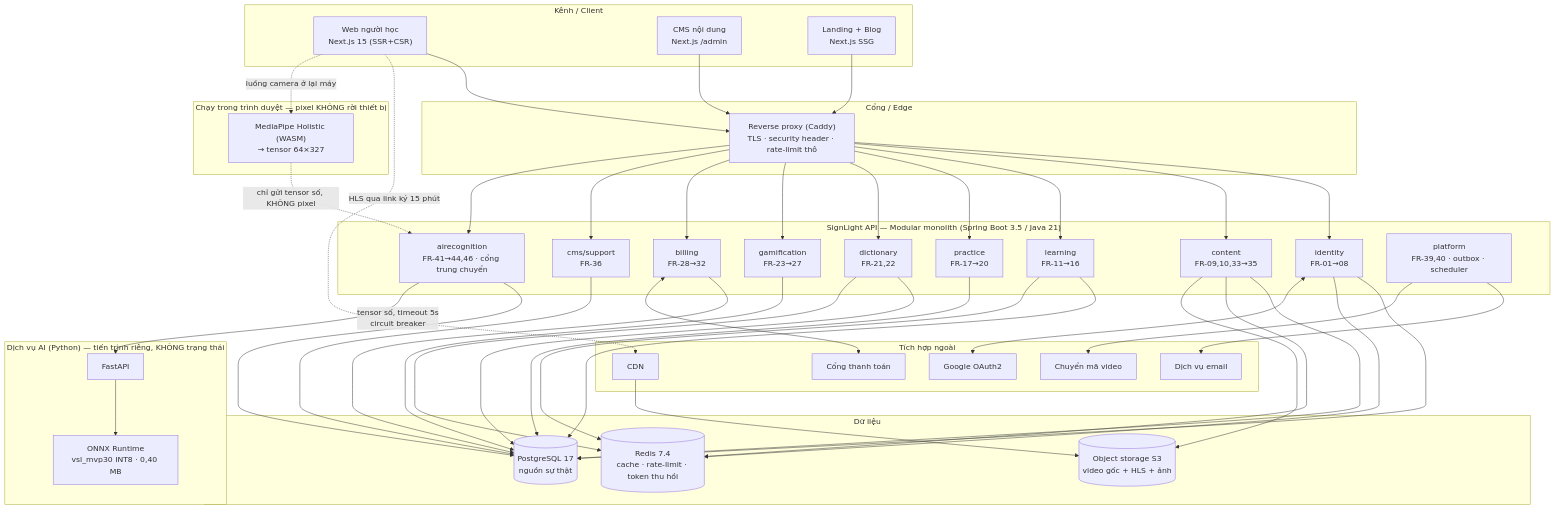
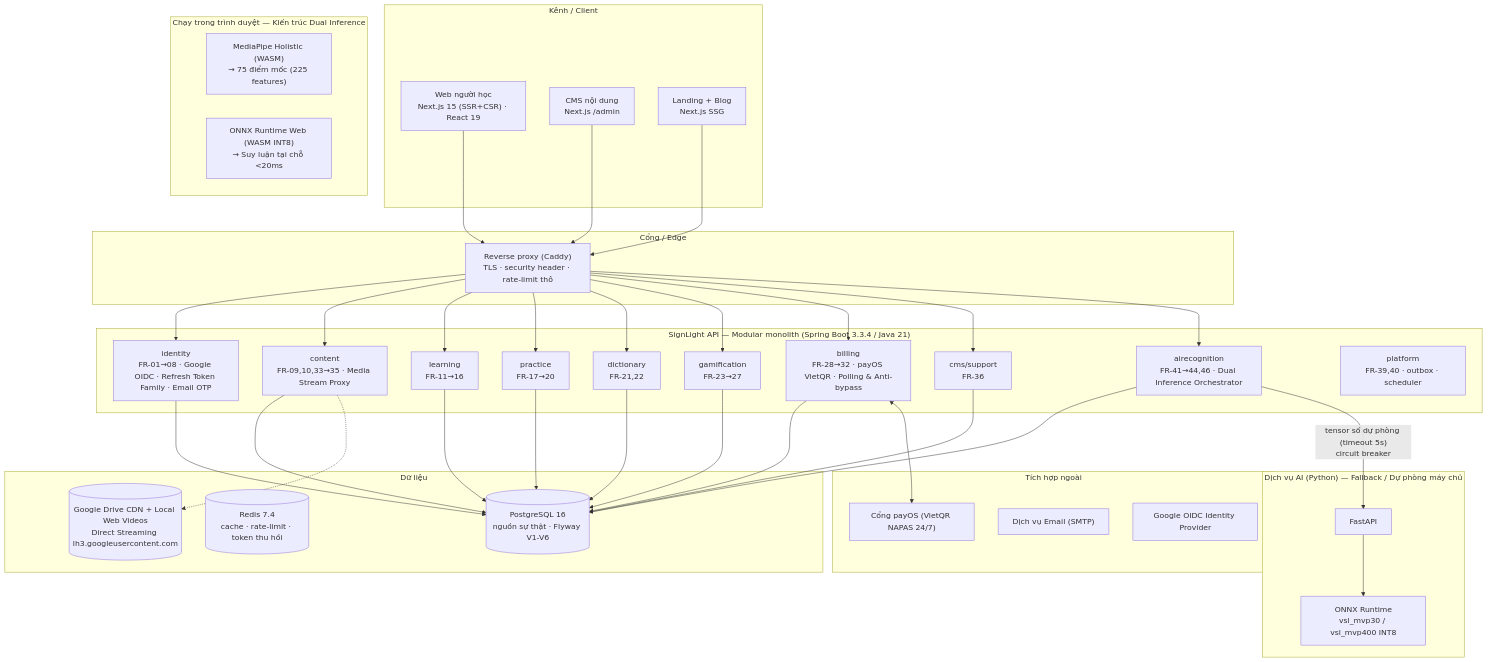
The first of 4 diagrams in docs/sa/HLD.md (dathihi1/sightlight), drawn with Mermaid before and after one commit. The commit also changed other lines of this file and 224 other files, not shown here.

First line of the commit message:
feat: tich hop toan dien tinh nang EXE101, AI 400 nhan, payOS va Google OAuth

````diff
--- a/docs/sa/HLD.md
+++ b/docs/sa/HLD.md
@@ -41,61 +41,51 @@
 ```mermaid
 flowchart TB
     subgraph CLIENT["Kênh / Client"]
-        WEB["Web người học<br/>Next.js 15 (SSR+CSR)"]
+        WEB["Web người học<br/>Next.js 15 (SSR+CSR) · React 19"]
         CMSUI["CMS nội dung<br/>Next.js /admin"]
         MKT["Landing + Blog<br/>Next.js SSG"]
     end
     subgraph EDGE["Cổng / Edge"]
         PROXY["Reverse proxy (Caddy)<br/>TLS · security header · rate-limit thô"]
     end
-    subgraph APP["SignLight API — Modular monolith (Spring Boot 3.5 / Java 21)"]
-        IDN["identity<br/>FR-01→08"]
-        CNT["content<br/>FR-09,10,33→35"]
+    subgraph APP["SignLight API — Modular monolith (Spring Boot 3.3.4 / Java 21)"]
+        IDN["identity<br/>FR-01→08 · Google OIDC · Refresh Token Family · Email OTP"]
+        CNT["content<br/>FR-09,10,33→35 · Media Stream Proxy"]
         LRN["learning<br/>FR-11→16"]
         PRC["practice<br/>FR-17→20"]
         DIC["dictionary<br/>FR-21,22"]
         GAM["gamification<br/>FR-23→27"]
-        BIL["billing<br/>FR-28→32"]
+        BIL["billing<br/>FR-28→32 · payOS VietQR · Polling & Anti-bypass"]
         SUP["cms/support<br/>FR-36"]
-        AIR["airecognition<br/>FR-41→44,46 · cổng trung chuyển"]
+        AIR["airecognition<br/>FR-41→44,46 · Dual Inference Orchestrator"]
         PLT["platform<br/>FR-39,40 · outbox · scheduler"]
     end
-    subgraph AISVC["Dịch vụ AI (Python) — tiến trình riêng, KHÔNG trạng thái"]
+    subgraph AISVC["Dịch vụ AI (Python) — Fallback / Dự phòng máy chủ"]
         FAPI["FastAPI"]
-        ONNX["ONNX Runtime<br/>vsl_mvp30 INT8 · 0,40 MB"]
+        ONNX["ONNX Runtime<br/>vsl_mvp30 / vsl_mvp400 INT8"]
     end
     subgraph DATA["Dữ liệu"]
-        PG[("PostgreSQL 17<br/>nguồn sự thật")]
+        PG[("PostgreSQL 16<br/>nguồn sự thật · Flyway V1-V6")]
         RDS[("Redis 7.4<br/>cache · rate-limit · token thu hồi")]
-        OBJ[("Object storage S3<br/>video gốc + HLS + ảnh")]
+        GDRV[("Google Drive CDN + Local Web Videos<br/>Direct Streaming lh3.googleusercontent.com")]
     end
     subgraph EXT["Tích hợp ngoài"]
-        CDN["CDN"]
-        PAY["Cổng thanh toán"]
-        MAIL["Dịch vụ email"]
-        TRC["Chuyển mã video"]
-        GG["Google OAuth2"]
+        PAY["Cổng payOS (VietQR NAPAS 24/7)"]
+        MAIL["Dịch vụ Email (SMTP)"]
+        GG["Google OIDC Identity Provider"]
     end
-    subgraph BROWSER["Chạy trong trình duyệt — pixel KHÔNG rời thiết bị"]
-        MP["MediaPipe Holistic (WASM)<br/>→ tensor 64×327"]
+    subgraph BROWSER["Chạy trong trình duyệt — Kiến trúc Dual Inference"]
+        MP["MediaPipe Holistic (WASM)<br/>→ 75 điểm mốc (225 features)"]
+        ONNXWEB["ONNX Runtime Web (WASM INT8)<br/>→ Suy luận tại chỗ <20ms"]
     end
 
     WEB --> PROXY
     CMSUI --> PROXY
     MKT --> PROXY
     PROXY --> IDN & CNT & LRN & PRC & DIC & GAM & BIL & SUP & AIR
     IDN & CNT & LRN & PRC & DIC & GAM & BIL & SUP & AIR --> PG
-    AIR -->|"tensor số, timeout 5s<br/>circuit breaker"| FAPI
+    CNT -.-> GDRV
+    BIL <--> PAY
+    AIR -->|"tensor số dự phòng (timeout 5s)<br/>circuit breaker"| FAPI
     FAPI --> ONNX
-    CNT & DIC & LRN --> RDS
-    IDN --> RDS
-    CNT --> OBJ
-    PLT --> MAIL
-    PLT --> TRC
-    BIL <--> PAY
-    IDN <--> GG
-    WEB -. "HLS qua link ký 15 phút" .-> CDN
-    CDN --> OBJ
-    WEB -. "luồng camera ở lại máy" .-> MP
-    MP -. "chỉ gửi tensor số, KHÔNG pixel" .-> AIR
 ```
````
